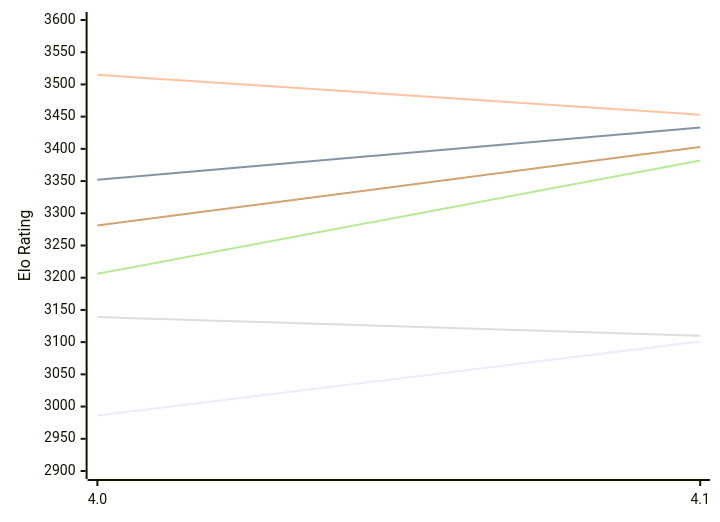
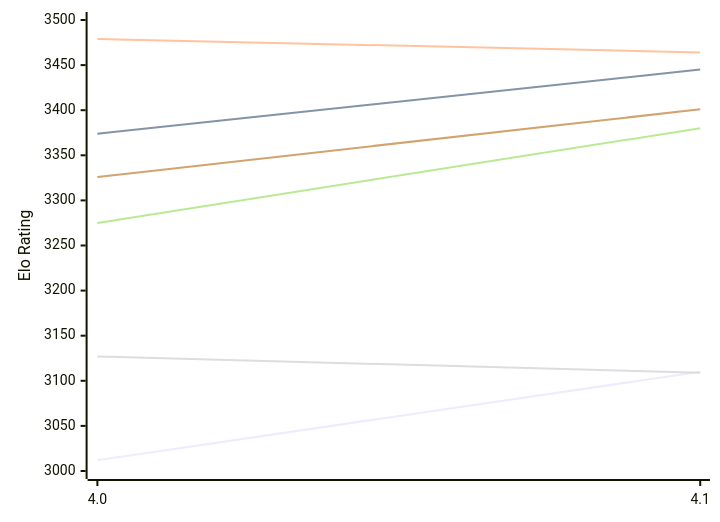
One commit to computer-chess-index/cci changed the first of 2 diagrams in engines/Eleanor.md. Above: the diagram before and after it, drawn with Mermaid. The commit also changed other lines of this file, not shown here.

Commit message:
Update CCI Ratings (ELO VLTC) - 2026-11-16

````diff
--- a/engines/Eleanor.md
+++ b/engines/Eleanor.md
@@ -51,12 +51,12 @@
 ```mermaid
 %%{init: {"theme":"base","themeVariables":{"seriesColors:['#a3a3a3','#222221','#faa371']}}}%%
 xychart-beta
   x-axis ["4.0", "4.1"]
-  y-axis "Elo Rating" 2900 --> 3600
-  line "E1: STC (8.0+0.08s)" [2986, 3101]
-  line "E1: LTC (60.0+0.60s)" [3352, 3433]
-  line "E1: VLTC (2m24s+1.12s)" [3515, 3453]
-  line "P1: STC (8.0+0.08s)" [3139, 3110]
-  line "P1: LTC (60.0+0.60s)" [3206, 3382]
-  line "P1: VLTC (2m24s+1.12s)" [3281, 3403]
+  y-axis "Elo Rating" 3000 --> 3500
+  line "E1: STC (8.0+0.08s)" [3012, 3110]
+  line "E1: LTC (60.0+0.60s)" [3374, 3445]
+  line "E1: VLTC (2m24s+1.12s)" [3479, 3464]
+  line "P1: STC (8.0+0.08s)" [3127, 3109]
+  line "P1: LTC (60.0+0.60s)" [3275, 3380]
+  line "P1: VLTC (2m24s+1.12s)" [3326, 3401]
 ```
````
